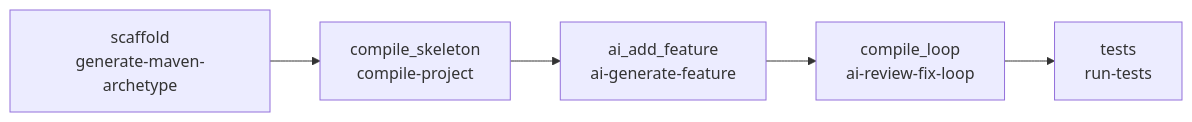
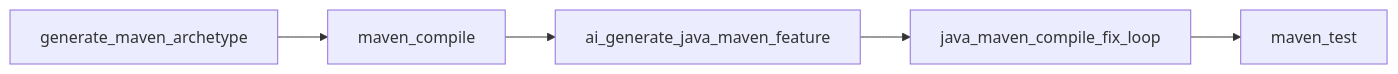
One commit to ako74programmer/poc-cronova-windows changed the diagram in docs/SDLC_MAVEN_LUHN_TECHNICAL.md. Above: the diagram before and after it, drawn with Mermaid. The commit also changed other lines of this file and 19 other files, not shown here.

````diff
--- a/docs/SDLC_MAVEN_LUHN_TECHNICAL.md
+++ b/docs/SDLC_MAVEN_LUHN_TECHNICAL.md
@@ -42,7 +32,7 @@
 ```mermaid
 flowchart LR
-  A[scaffold\ngenerate-maven-archetype] --> B[compile_skeleton\ncompile-project]
-  B --> C[ai_add_feature\nai-generate-feature]
-  C --> D[compile_loop\nai-review-fix-loop]
-  D --> E[tests\nrun-tests]
+  A[generate_maven_archetype] --> B[maven_compile]
+  B --> C[ai_generate_java_maven_feature]
+  C --> D[java_maven_compile_fix_loop]
+  D --> E[maven_test]
 ```
````
